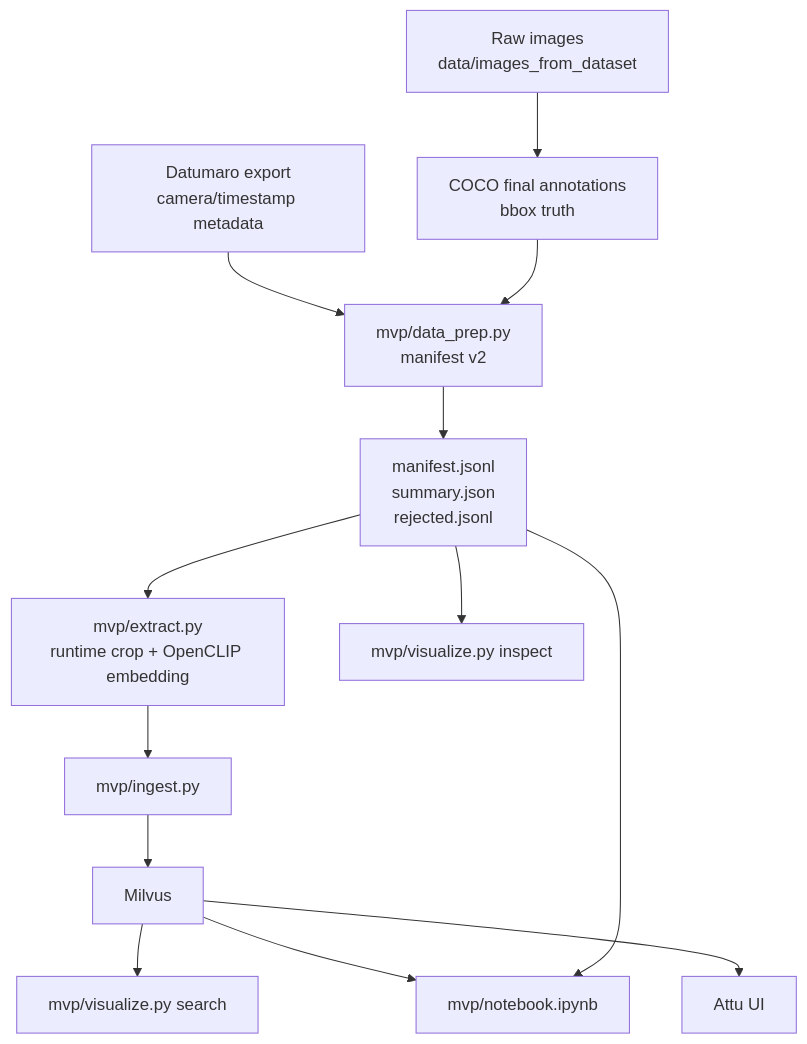
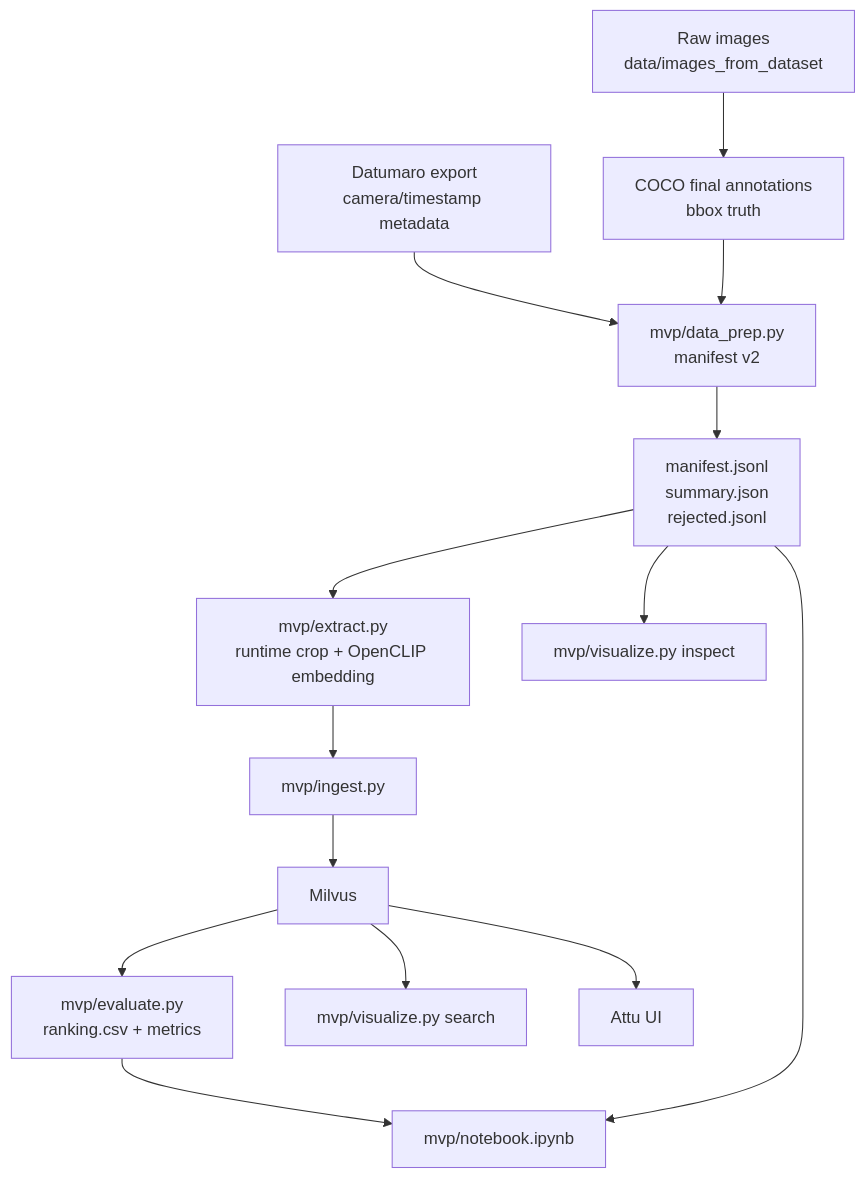
One commit to gabrivoy/masters-cbir changed the first of 7 diagrams in mvp/README.md. Above: the diagram before and after it, drawn with Mermaid. The commit also changed other lines of this file and 5 other files, not shown here.

````diff
--- a/mvp/README.md
+++ b/mvp/README.md
@@ -70,15 +75,16 @@
 ```mermaid
 flowchart TD
     A["Raw images<br/>data/images_from_dataset"] --> B["COCO final annotations<br/>bbox truth"]
     C["Datumaro export<br/>camera/timestamp metadata"] --> D["mvp/data_prep.py<br/>manifest v2"]
     B --> D
     D --> E["manifest.jsonl<br/>summary.json<br/>rejected.jsonl"]
     E --> F["mvp/extract.py<br/>runtime crop + OpenCLIP embedding"]
     F --> G["mvp/ingest.py"]
     G --> H["Milvus"]
-    H --> I["mvp/visualize.py search"]
-    H --> J["mvp/notebook.ipynb"]
+    H --> I["mvp/evaluate.py<br/>ranking.csv + metrics"]
+    I --> J["mvp/notebook.ipynb"]
+    H --> M["mvp/visualize.py search"]
     E --> K["mvp/visualize.py inspect"]
     E --> J
     H --> L["Attu UI"]
 ```
````
